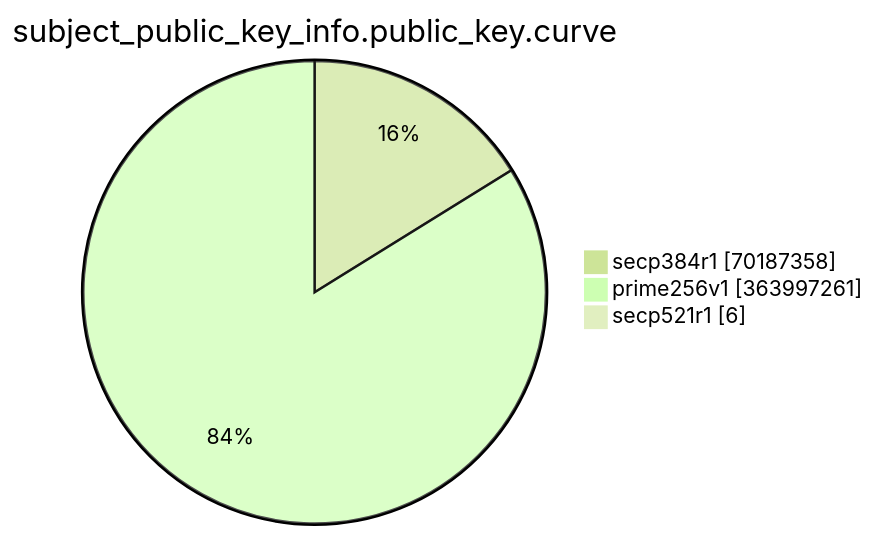
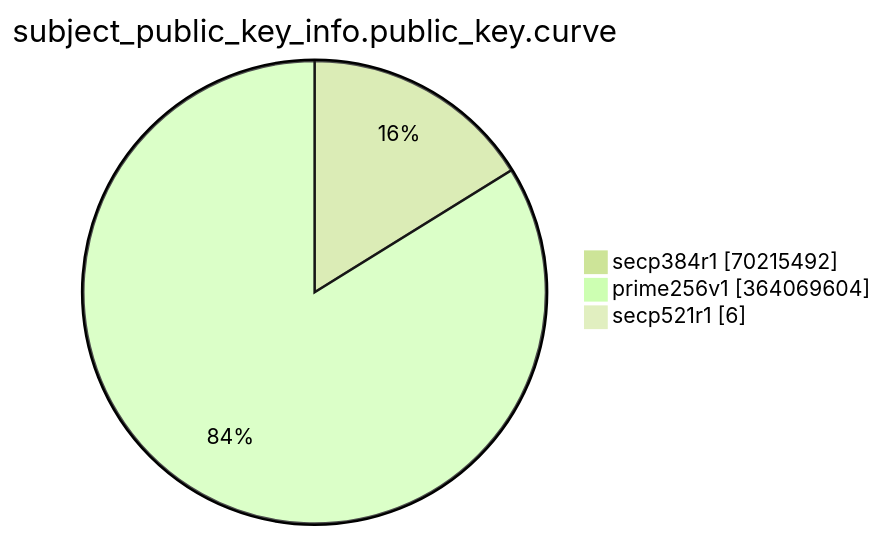
The eighth of 15 diagrams in TOTAL/README.md (christiankrug/ctmonitor_visualization), drawn with Mermaid (forest theme) before and after one commit. The commit also changed other lines of this file, not shown here.

````diff
--- a/TOTAL/README.md
+++ b/TOTAL/README.md
@@ -3091,7 +3091,7 @@
 ```mermaid
 pie showData
 title subject_public_key_info.public_key.curve
-"secp384r1" :70187358
-"prime256v1" :363997261
+"secp384r1" :70215492
+"prime256v1" :364069604
 "secp521r1" :6
 ```
````
